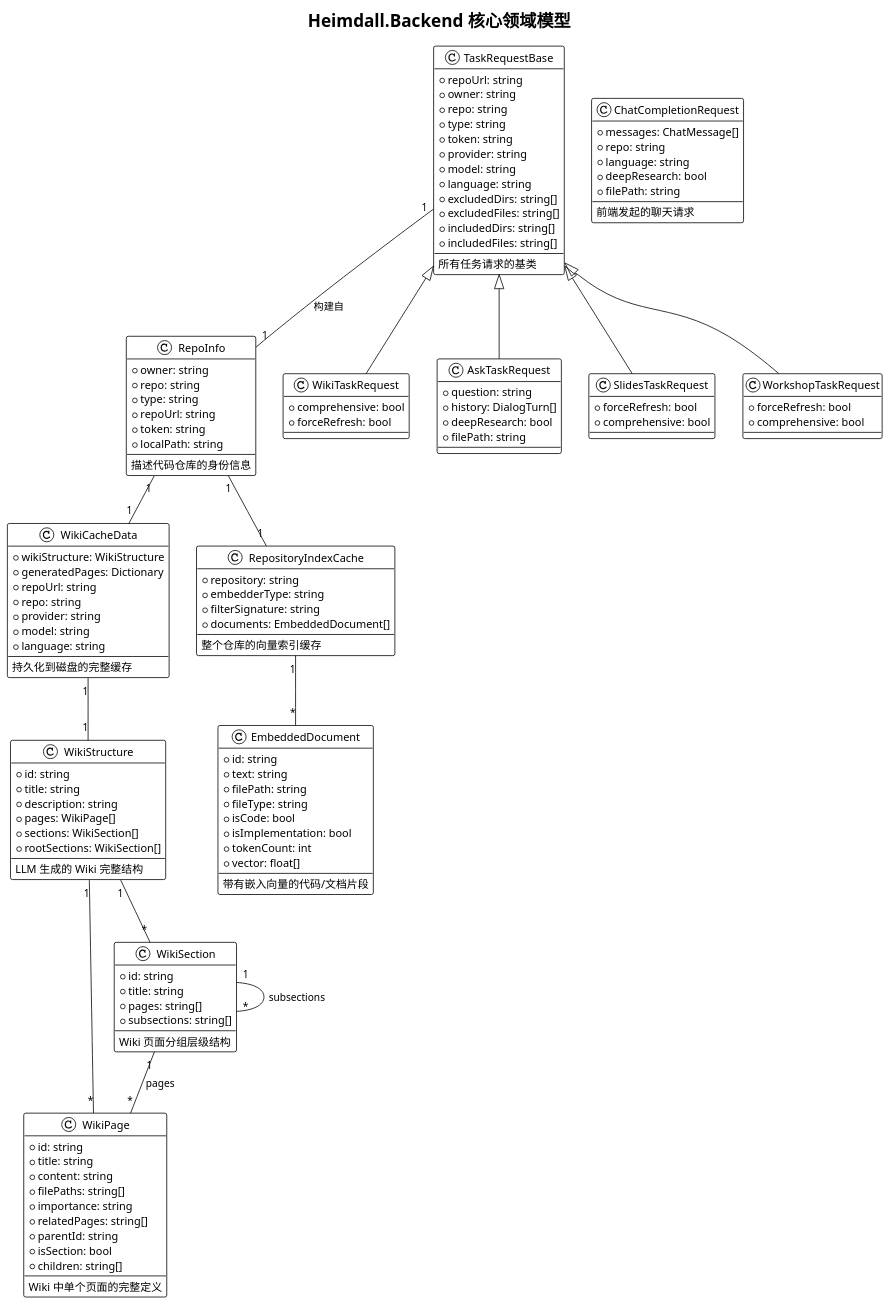
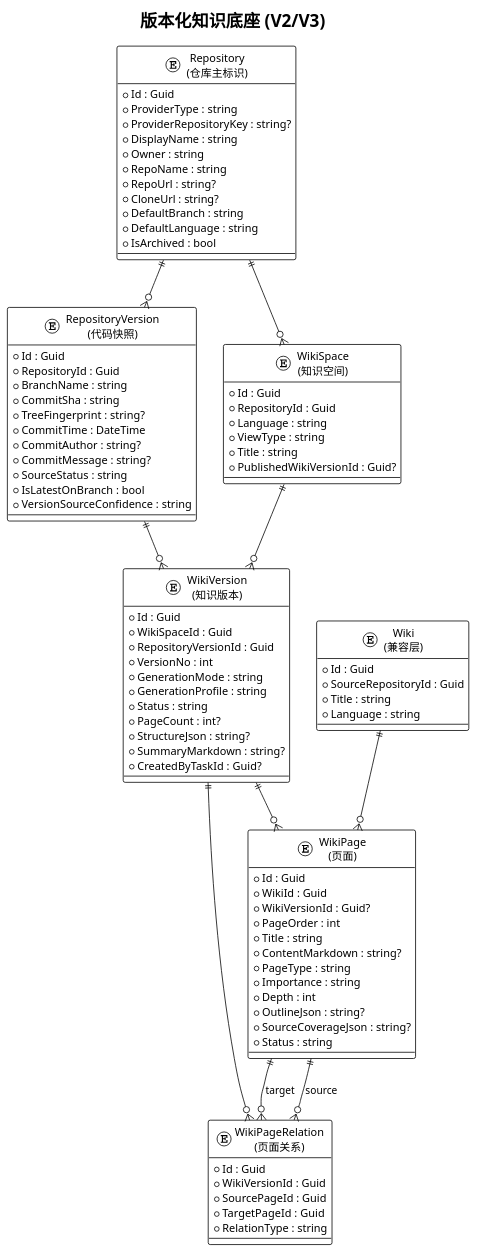
Before and after one commit to daohunliwei/Heimdall: the second of 7 diagrams in doc/architecture/backend-architecture.md, drawn with PlantUML. The commit also changed other lines of this file and 3 other files, not shown here.

````diff
--- a/doc/architecture/backend-architecture.md
+++ b/doc/architecture/backend-architecture.md
@@ -212,146 +193,98 @@
 ```plantuml
 @startuml
 !theme plain
-title Heimdall.Backend 核心领域模型
+title 版本化知识底座 (V2/V3)
 
-class RepoInfo {
-  + owner: string
-  + repo: string
-  + type: string
-  + repoUrl: string
-  + token: string
-  + localPath: string
-  --
-  描述代码仓库的身份信息
+entity "Repository\n(仓库主标识)" as Repo {
+  * Id : Guid
+  * ProviderType : string
+  * ProviderRepositoryKey : string?
+  * DisplayName : string
+  * Owner : string
+  * RepoName : string
+  * RepoUrl : string?
+  * CloneUrl : string?
+  * DefaultBranch : string
+  * DefaultLanguage : string
+  * IsArchived : bool
 }
 
-class WikiStructure {
-  + id: string
-  + title: string
-  + description: string
-  + pages: WikiPage[]
-  + sections: WikiSection[]
-  + rootSections: WikiSection[]
-  --
-  LLM 生成的 Wiki 完整结构
+entity "RepositoryVersion\n(代码快照)" as RepoVer {
+  * Id : Guid
+  * RepositoryId : Guid
+  * BranchName : string
+  * CommitSha : string
+  * TreeFingerprint : string?
+  * CommitTime : DateTime
+  * CommitAuthor : string?
+  * CommitMessage : string?
+  * SourceStatus : string
+  * IsLatestOnBranch : bool
+  * VersionSourceConfidence : string
 }
 
-class WikiPage {
-  + id: string
-  + title: string
-  + content: string
-  + filePaths: string[]
-  + importance: string
-  + relatedPages: string[]
-  + parentId: string
-  + isSection: bool
-  + children: string[]
-  --
-  Wiki 中单个页面的完整定义
+entity "WikiSpace\n(知识空间)" as WikiSpace {
+  * Id : Guid
+  * RepositoryId : Guid
+  * Language : string
+  * ViewType : string
+  * Title : string
+  * PublishedWikiVersionId : Guid?
 }
 
-class WikiSection {
-  + id: string
-  + title: string
-  + pages: string[]
-  + subsections: string[]
-  --
-  Wiki 页面分组层级结构
+entity "WikiVersion\n(知识版本)" as WikiVer {
+  * Id : Guid
+  * WikiSpaceId : Guid
+  * RepositoryVersionId : Guid
+  * VersionNo : int
+  * GenerationMode : string
+  * GenerationProfile : string
+  * Status : string
+  * PageCount : int?
+  * StructureJson : string?
+  * SummaryMarkdown : string?
+  * CreatedByTaskId : Guid?
 }
 
-class WikiCacheData {
-  + wikiStructure: WikiStructure
-  + generatedPages: Dictionary
-  + repoUrl: string
-  + repo: string
-  + provider: string
-  + model: string
-  + language: string
-  --
-  持久化到磁盘的完整缓存
+entity "WikiPage\n(页面)" as WikiPage {
+  * Id : Guid
+  * WikiId : Guid
+  * WikiVersionId : Guid?
+  * PageOrder : int
+  * Title : string
+  * ContentMarkdown : string?
+  * PageType : string
+  * Importance : string
+  * Depth : int
+  * OutlineJson : string?
+  * SourceCoverageJson : string?
+  * Status : string
 }
 
-class EmbeddedDocument {
-  + id: string
-  + text: string
-  + filePath: string
-  + fileType: string
-  + isCode: bool
-  + isImplementation: bool
-  + tokenCount: int
-  + vector: float[]
-  --
-  带有嵌入向量的代码/文档片段
+entity "WikiPageRelation\n(页面关系)" as WikiRel {
+  * Id : Guid
+  * WikiVersionId : Guid
+  * SourcePageId : Guid
+  * TargetPageId : Guid
+  * RelationType : string
 }
 
-class RepositoryIndexCache {
-  + repository: string
-  + embedderType: string
-  + filterSignature: string
-  + documents: EmbeddedDocument[]
-  --
-  整个仓库的向量索引缓存
+entity "Wiki\n(兼容层)" as Wiki {
+  * Id : Guid
+  * SourceRepositoryId : Guid
+  * Title : string
+  * Language : string
 }
 
-class ChatCompletionRequest {
-  + messages: ChatMessage[]
-  + repo: string
-  + language: string
-  + deepResearch: bool
-  + filePath: string
-  --
-  前端发起的聊天请求
-}
-
-class TaskRequestBase {
-  + repoUrl: string
-  + owner: string
-  + repo: string
-  + type: string
-  + token: string
-  + provider: string
-  + model: string
-  + language: string
-  + excludedDirs: string[]
-  + excludedFiles: string[]
-  + includedDirs: string[]
-  + includedFiles: string[]
-  --
-  所有任务请求的基类
-}
-
-class WikiTaskRequest {
-  + comprehensive: bool
-  + forceRefresh: bool
-}
-class AskTaskRequest {
-  + question: string
-  + history: DialogTurn[]
-  + deepResearch: bool
-  + filePath: string
-}
-class SlidesTaskRequest {
-  + forceRefresh: bool
-  + comprehensive: bool
-}
-class WorkshopTaskRequest {
-  + forceRefresh: bool
-  + comprehensive: bool
-}
-
-RepoInfo "1" -- "1" WikiCacheData
-WikiCacheData "1" -- "1" WikiStructure
-WikiStructure "1" -- "*" WikiPage
-WikiStructure "1" -- "*" WikiSection
-WikiSection "1" -- "*" WikiSection : subsections
-WikiSection "1" -- "*" WikiPage : pages
-RepositoryIndexCache "1" -- "*" EmbeddedDocument
-RepoInfo "1" -- "1" RepositoryIndexCache
-TaskRequestBase <|-- WikiTaskRequest
-TaskRequestBase <|-- AskTaskRequest
-TaskRequestBase <|-- SlidesTaskRequest
-TaskRequestBase <|-- WorkshopTaskRequest
-TaskRequestBase "1" -- "1" RepoInfo : 构建自
+Repo ||--o{ RepoVer
+Repo ||--o{ WikiSpace
+WikiSpace ||--o{ WikiVer
+RepoVer ||--o{ WikiVer
+WikiVer ||--o{ WikiPage
+WikiVer ||--o{ WikiRel
+Wiki ||--o{ WikiPage
+WikiPage ||--o{ WikiRel : source
+WikiPage ||--o{ WikiRel : target
 
 @enduml
 ```
````
